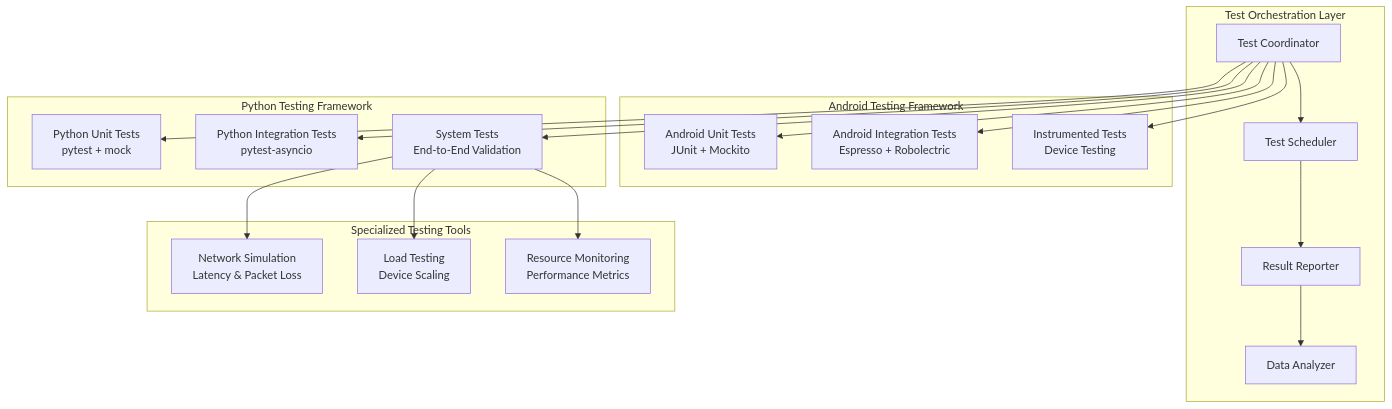
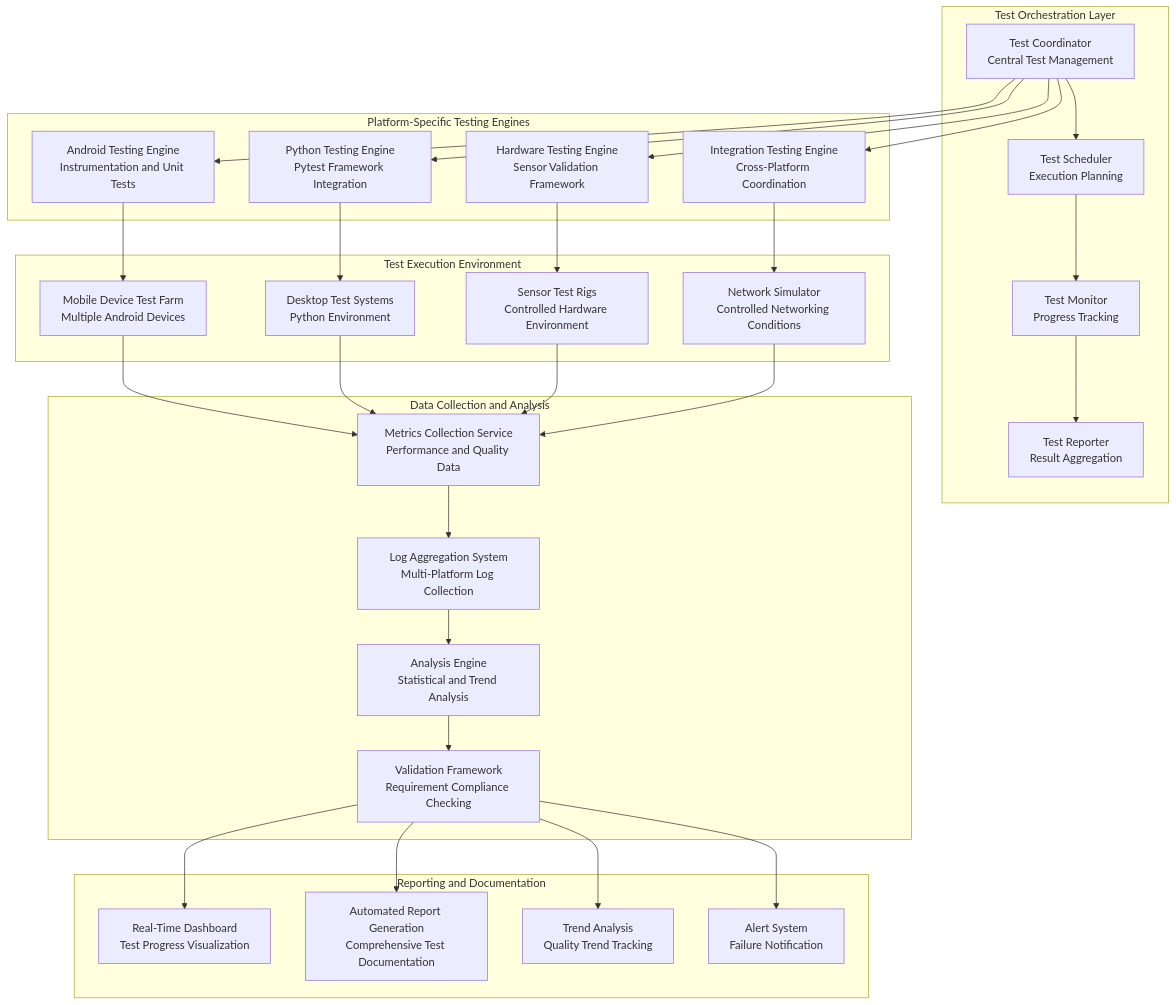
Before and after one commit to buccancs/fyp-multi-sensor-recording-system: the second of 2 diagrams in docs/thesis_report/Chapter_5_Testing_and_Results_Evaluation.md, drawn with Mermaid. The commit also changed other lines of this file and 2 other files, not shown here.

Commit message:
Enhance Chapters 4, 5, and 6 with comprehensive explanatory text and academic narrative

````diff
--- a/docs/thesis_report/Chapter_5_Testing_and_Results_Evaluation.md
+++ b/docs/thesis_report/Chapter_5_Testing_and_Results_Evaluation.md
@@ -77,43 +147,65 @@
 ```mermaid
 graph TB
     subgraph "Test Orchestration Layer"
-        COORDINATOR[Test Coordinator]
-        SCHEDULER[Test Scheduler]
-        REPORTER[Result Reporter]
-        ANALYZER[Data Analyzer]
+        COORDINATOR[Test Coordinator<br/>Central Test Management]
+        SCHEDULER[Test Scheduler<br/>Execution Planning]
+        MONITOR[Test Monitor<br/>Progress Tracking]
+        REPORTER[Test Reporter<br/>Result Aggregation]
     end
     
-    subgraph "Android Testing Framework"
-        AUNIT[Android Unit Tests<br/>JUnit + Mockito]
-        AINTEGRATION[Android Integration Tests<br/>Espresso + Robolectric]
-        AINSTRUMENT[Instrumented Tests<br/>Device Testing]
+    subgraph "Platform-Specific Testing Engines"
+        ANDROID_ENGINE[Android Testing Engine<br/>Instrumentation and Unit Tests]
+        PYTHON_ENGINE[Python Testing Engine<br/>Pytest Framework Integration]
+        INTEGRATION_ENGINE[Integration Testing Engine<br/>Cross-Platform Coordination]
+        HARDWARE_ENGINE[Hardware Testing Engine<br/>Sensor Validation Framework]
     end
     
-    subgraph "Python Testing Framework"
-        PUNIT[Python Unit Tests<br/>pytest + mock]
-        PINTEGRATION[Python Integration Tests<br/>pytest-asyncio]
-        PSYSTEM[System Tests<br/>End-to-End Validation]
+    subgraph "Test Execution Environment"
+        MOBILE_DEVICES[Mobile Device Test Farm<br/>Multiple Android Devices]
+        DESKTOP_SYSTEMS[Desktop Test Systems<br/>Python Environment]
+        SENSOR_HARDWARE[Sensor Test Rigs<br/>Controlled Hardware Environment]
+        NETWORK_SIM[Network Simulator<br/>Controlled Networking Conditions]
     end
     
-    subgraph "Specialized Testing Tools"
-        NETWORK[Network Simulation<br/>Latency & Packet Loss]
-        LOAD[Load Testing<br/>Device Scaling]
-        MONITOR[Resource Monitoring<br/>Performance Metrics]
+    subgraph "Data Collection and Analysis"
+        METRICS_COLLECTOR[Metrics Collection Service<br/>Performance and Quality Data]
+        LOG_AGGREGATOR[Log Aggregation System<br/>Multi-Platform Log Collection]
+        ANALYSIS_ENGINE[Analysis Engine<br/>Statistical and Trend Analysis]
+        VALIDATION_FRAMEWORK[Validation Framework<br/>Requirement Compliance Checking]
+    end
+    
+    subgraph "Reporting and Documentation"
+        DASHBOARD[Real-Time Dashboard<br/>Test Progress Visualization]
+        REPORTS[Automated Report Generation<br/>Comprehensive Test Documentation]
+        TRENDS[Trend Analysis<br/>Quality Trend Tracking]
+        ALERTS[Alert System<br/>Failure Notification]
     end
     
     COORDINATOR --> SCHEDULER
-    SCHEDULER --> REPORTER
-    REPORTER --> ANALYZER
+    SCHEDULER --> MONITOR
+    MONITOR --> REPORTER
     
-    COORDINATOR --> AUNIT
-    COORDINATOR --> AINTEGRATION
-    COORDINATOR --> AINSTRUMENT
+    COORDINATOR --> ANDROID_ENGINE
+    COORDINATOR --> PYTHON_ENGINE
+    COORDINATOR --> INTEGRATION_ENGINE
+    COORDINATOR --> HARDWARE_ENGINE
     
-    COORDINATOR --> PUNIT
-    COORDINATOR --> PINTEGRATION
-    COORDINATOR --> PSYSTEM
+    ANDROID_ENGINE --> MOBILE_DEVICES
+    PYTHON_ENGINE --> DESKTOP_SYSTEMS
+    INTEGRATION_ENGINE --> NETWORK_SIM
+    HARDWARE_ENGINE --> SENSOR_HARDWARE
     
-    PSYSTEM --> NETWORK
-    PSYSTEM --> LOAD
-    PSYSTEM --> MONITOR
+    MOBILE_DEVICES --> METRICS_COLLECTOR
+    DESKTOP_SYSTEMS --> METRICS_COLLECTOR
+    SENSOR_HARDWARE --> METRICS_COLLECTOR
+    NETWORK_SIM --> METRICS_COLLECTOR
+    
+    METRICS_COLLECTOR --> LOG_AGGREGATOR
+    LOG_AGGREGATOR --> ANALYSIS_ENGINE
+    ANALYSIS_ENGINE --> VALIDATION_FRAMEWORK
+    
+    VALIDATION_FRAMEWORK --> DASHBOARD
+    VALIDATION_FRAMEWORK --> REPORTS
+    VALIDATION_FRAMEWORK --> TRENDS
+    VALIDATION_FRAMEWORK --> ALERTS
 ```
````
